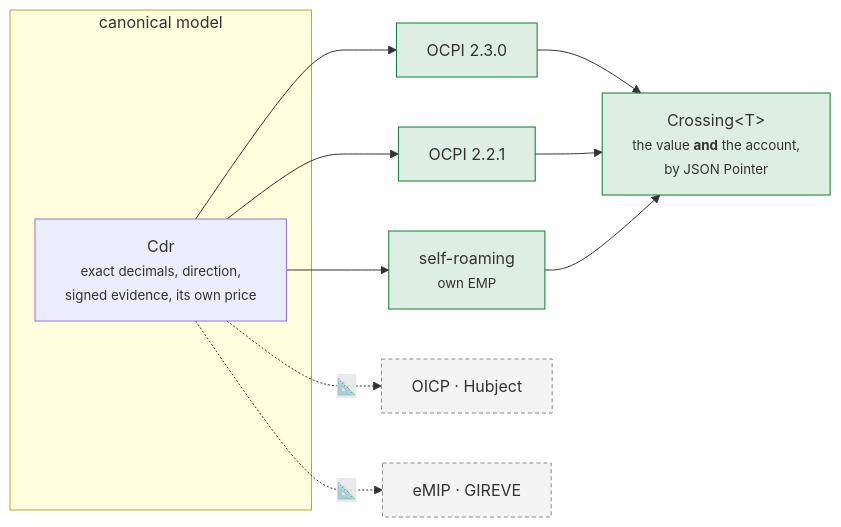
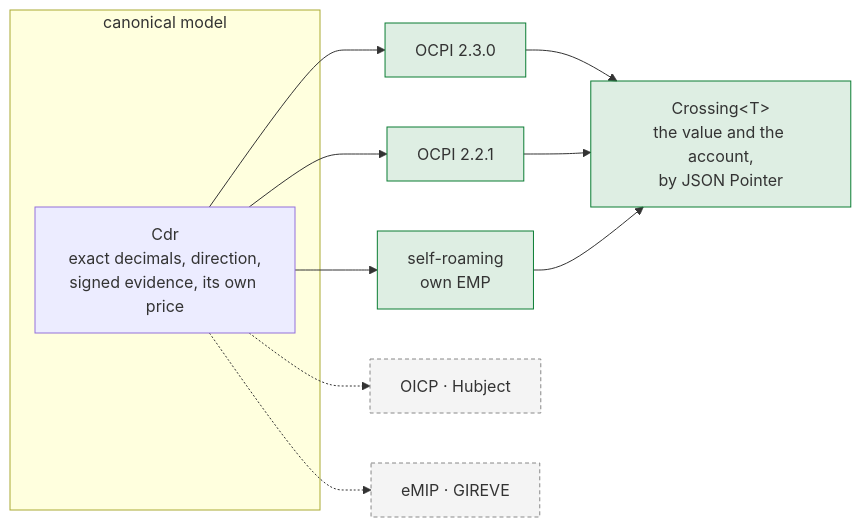
The diagram in site/content/docs/roaming.md (hupe1980/emob), drawn with Mermaid before and after one commit. The commit also changed other lines of this file and 38 other files, not shown here.

````diff
--- a/site/content/docs/roaming.md
+++ b/site/content/docs/roaming.md
@@ -25,21 +25,21 @@
 ```mermaid
 flowchart LR
     subgraph canon["canonical model"]
-        CDR["Cdr<br/><small>exact decimals, direction,<br/>signed evidence, its own price</small>"]
+        CDR["Cdr<br/>exact decimals, direction,<br/>signed evidence, its own price"]
     end
 
     CDR --> X23["OCPI 2.3.0"]
     CDR --> X22["OCPI 2.2.1"]
-    CDR --> SELF["self-roaming<br/><small>own EMP</small>"]
-    CDR -.->|📐| OICP["OICP · Hubject"]
-    CDR -.->|📐| EMIP["eMIP · GIREVE"]
+    CDR --> SELF["self-roaming<br/>own EMP"]
+    CDR -.-> OICP["OICP · Hubject"]
+    CDR -.-> EMIP["eMIP · GIREVE"]
 
-    X23 --> ACC["Crossing&lt;T&gt;<br/><small>the value <b>and</b> the account,<br/>by JSON Pointer</small>"]
+    X23 --> ACC["Crossing&lt;T&gt;<br/>the value and the account,<br/>by JSON Pointer"]
     X22 --> ACC
     SELF --> ACC
 
     classDef built fill:#0a7d3322,stroke:#0a7d33
     classDef planned fill:#88888818,stroke:#888,stroke-dasharray:4 3
     class X23,X22,SELF,ACC built
     class OICP,EMIP planned
 ```
````
